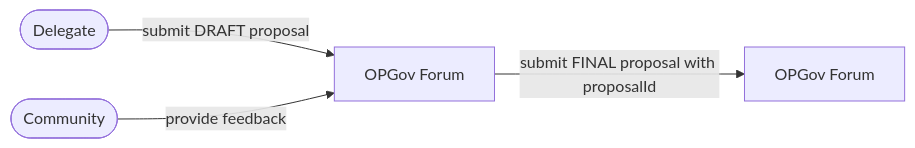
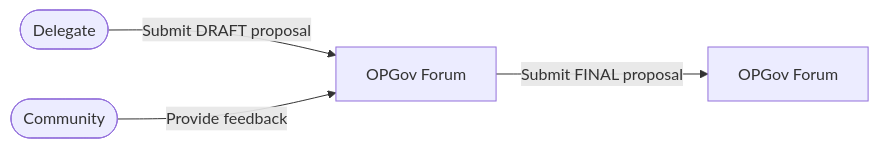
The first of 2 diagrams in governance/permissionless-proposals.md (ethereum-optimism/design-docs), drawn with Mermaid before and after one commit. The commit also changed other lines of this file, not shown here.

````diff
--- a/governance/permissionless-proposals.md
+++ b/governance/permissionless-proposals.md
@@ -42,11 +52,6 @@
 ```mermaid
-  flowchart LR
-    Delegate([Delegate])
-    ForumDraft[OPGov Forum]
-    Community([Community])
-    ForumFinal[OPGov Forum]
-
-    Delegate -->|submit DRAFT proposal| ForumDraft
-    Community -->|provide feedback| ForumDraft
-    ForumDraft -->|submit FINAL proposal with proposalId| ForumFinal
+flowchart LR
+    Delegate([Delegate]) -->|Submit DRAFT proposal| OPGov1[OPGov Forum]
+    Community([Community]) -->|Provide feedback| OPGov1
+    OPGov1 -->|Submit FINAL proposal| OPGov2[OPGov Forum]
 ```
````
